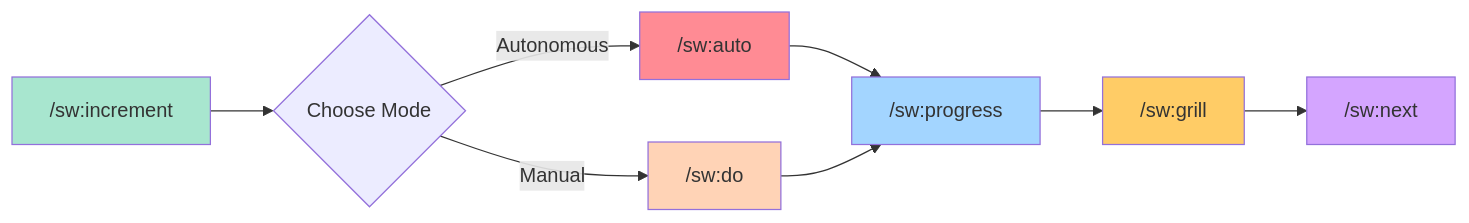
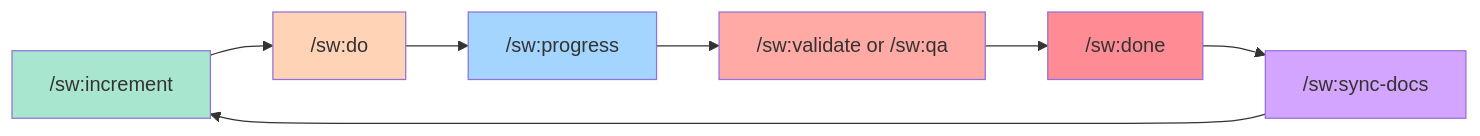
The diagram in docs-site/docs/commands/overview.md (anton-abyzov/specweave), drawn with Mermaid before and after one commit. The commit also changed other lines of this file and 144 other files, not shown here.

````diff
--- a/docs-site/docs/commands/overview.md
+++ b/docs-site/docs/commands/overview.md
@@ -15,17 +15,16 @@
 ```mermaid
 graph LR
-    A["/sw:increment"] --> B{Choose Mode}
-    B -->|Autonomous| C["/sw:auto"]
-    B -->|Manual| D["/sw:do"]
-    C --> E["/sw:progress"]
-    D --> E
-    E --> G["/sw:grill"]
-    G --> F["/sw:next"]
+    A["/sw:increment"] --> B["/sw:do"]
+    B --> C["/sw:progress"]
+    C --> D["/sw:validate or /sw:qa"]
+    D --> E["/sw:done"]
+    E --> F["/sw:sync-docs"]
+    F --> A
 
     style A fill:#a8e6cf
-    style C fill:#ff8b94
-    style D fill:#ffd3b6
-    style E fill:#a3d5ff
-    style G fill:#ffcc66
+    style B fill:#ffd3b6
+    style C fill:#a3d5ff
+    style D fill:#ffaaa5
+    style E fill:#ff8b94
     style F fill:#d4a5ff
 ```
````
